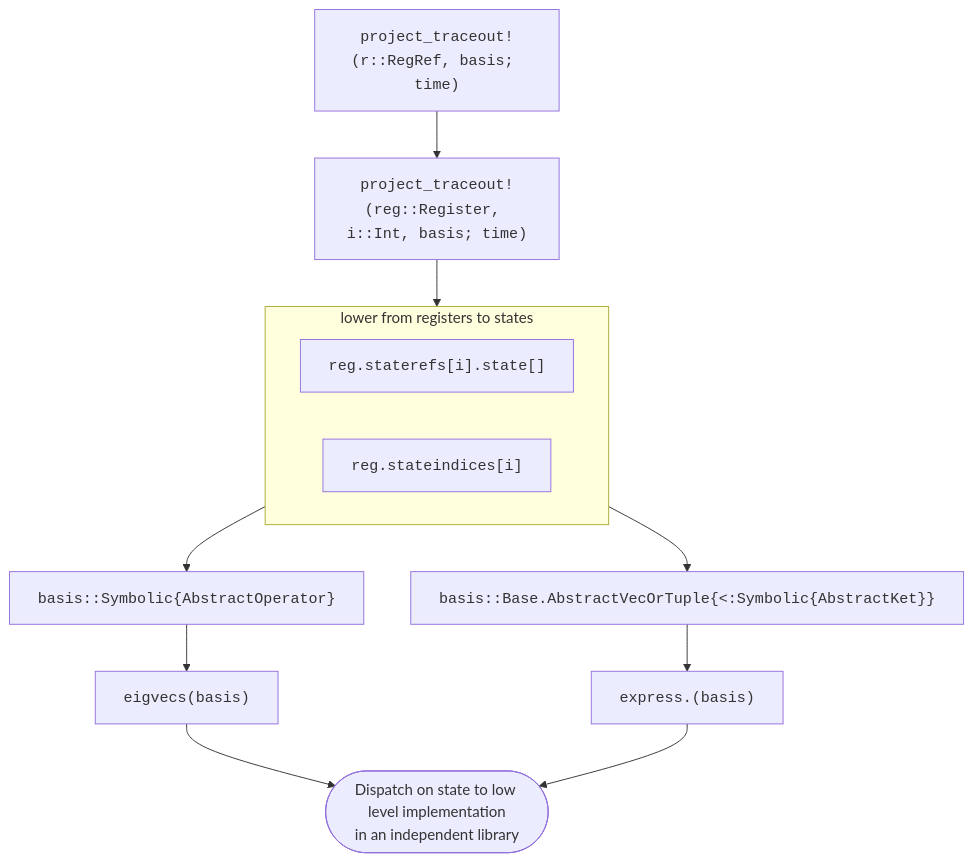
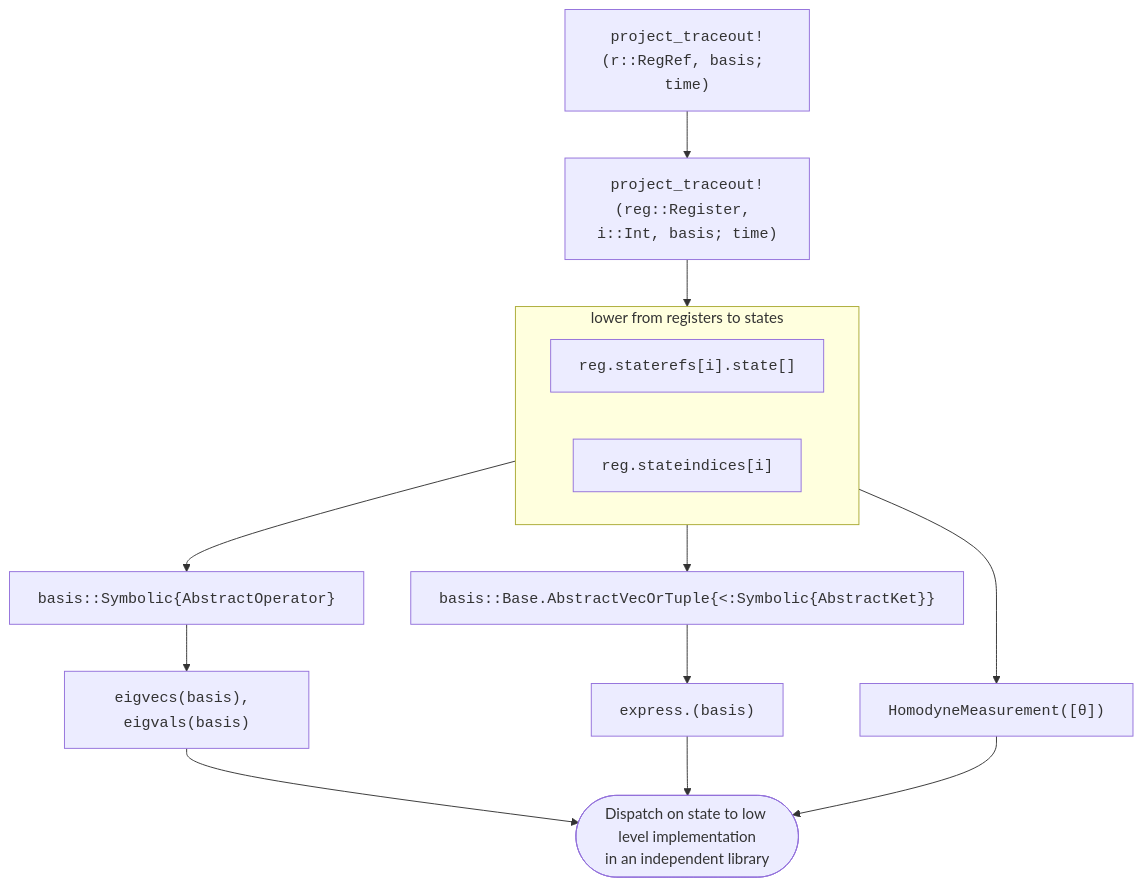
One commit to QuantumSavory/QuantumSavory.jl changed the fourth of 8 diagrams in docs/src/register_interface.md. Above: the diagram before and after it, drawn with Mermaid. The commit also changed other lines of this file and 15 other files, not shown here.

````diff
--- a/docs/src/register_interface.md
+++ b/docs/src/register_interface.md
@@ -220,18 +237,20 @@
 ```mermaid
 flowchart TB
   A["<code>project_traceout!(r::RegRef, basis; time)</code>"]
   B["<code>project_traceout!(reg::Register, i::Int, basis; time)</code>"]
   subgraph TOP [lower from registers to states]
     direction LR
     D1["<code>reg.staterefs[i].state[]</code>"]
     D2["<code>reg.stateindices[i]</code>"]
   end
   E1["<code>basis::Symbolic{AbstractOperator}</code>"]
-  F1["<code>eigvecs(basis)</code>"]
+  F1["<code>eigvecs(basis), eigvals(basis)</code>"]
   E2["<code>basis::Base.AbstractVecOrTuple{<:Symbolic{AbstractKet}}</code>"]
   F2["<code>express.(basis)</code>"]
+  E3["<code>HomodyneMeasurement([θ])</code>"]
   G([Dispatch on state to low level implementation<br>in an independent library])
   A --> B --> TOP
   TOP --> E1 --> F1 --> G
   TOP --> E2 --> F2 --> G
+  TOP --> E3 --> G
 ```
````
